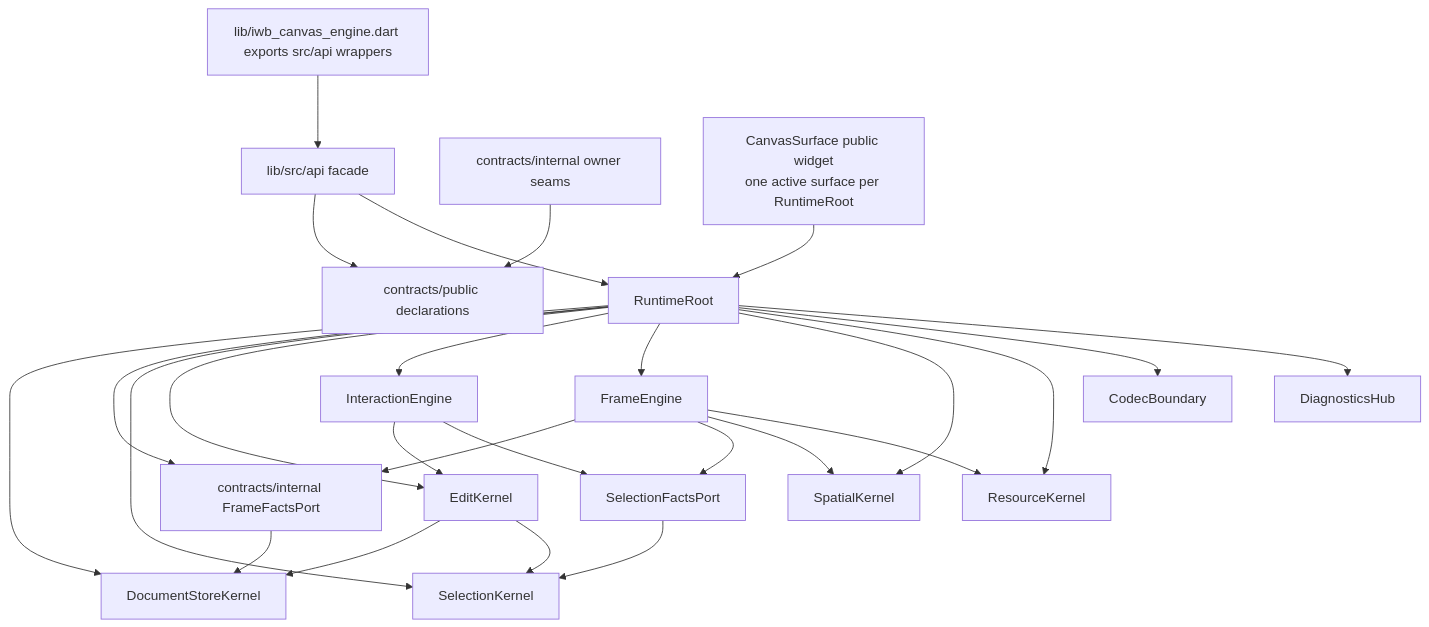
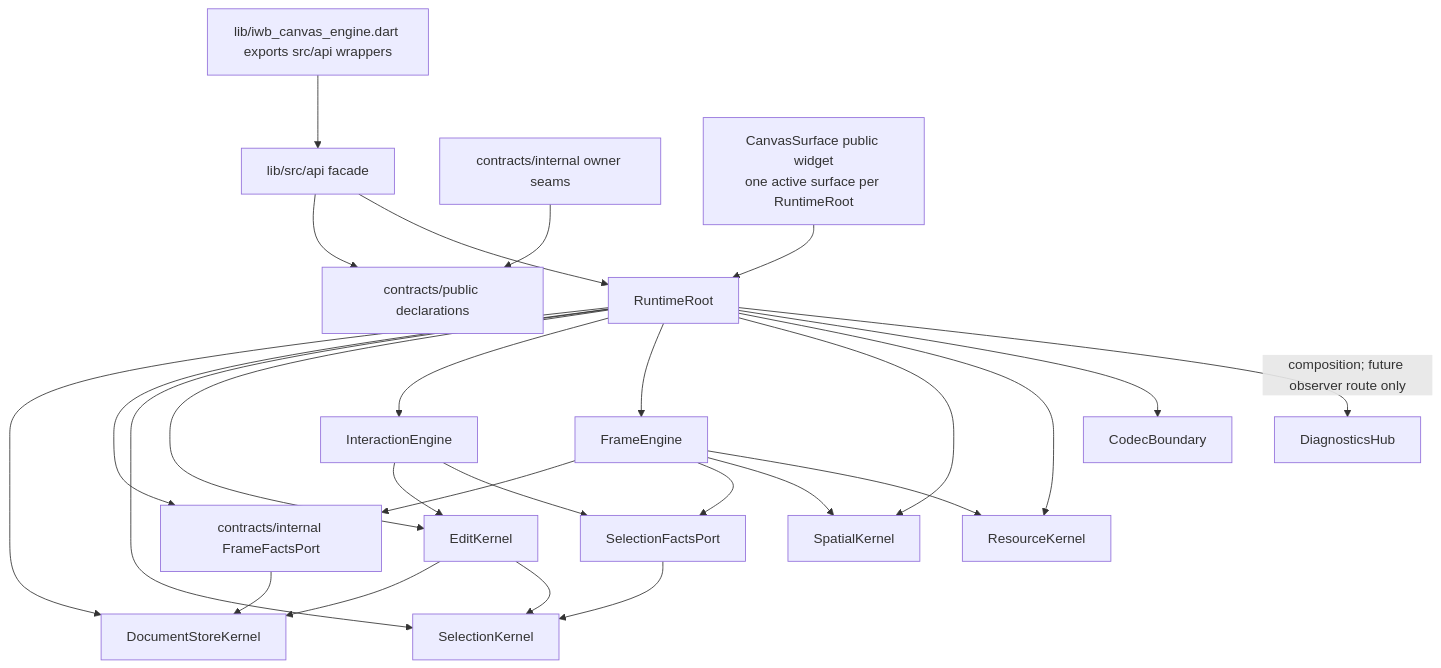
One commit to GreatPika/iwb_canvas_engine changed the diagram in docs/diagrams/c4_container.mmd. Above: the diagram before and after it, drawn with Mermaid. The commit also changed 4 other files, not shown here.

First line of the commit message:
docs: clarify future diagnostics graph routes

```diff
--- a/docs/diagrams/c4_container.mmd
+++ b/docs/diagrams/c4_container.mmd
@@ -1,26 +1,26 @@
 flowchart TB
   Public[lib/iwb_canvas_engine.dart exports src/api wrappers] --> API[lib/src/api facade]
   API --> ContractsPublic[contracts/public declarations]
   ContractsInternal[contracts/internal owner seams] --> ContractsPublic
   API --> RuntimeRoot
   Surface["CanvasSurface public widget\none active surface per RuntimeRoot"] --> RuntimeRoot
   RuntimeRoot --> Store[DocumentStoreKernel]
   RuntimeRoot --> FrameFacts[contracts/internal FrameFactsPort]
   RuntimeRoot --> Selection[SelectionKernel]
   RuntimeRoot --> Edit[EditKernel]
   RuntimeRoot --> InteractionEngine
   RuntimeRoot --> FrameEngine
   RuntimeRoot --> Spatial[SpatialKernel]
   RuntimeRoot --> Resource[ResourceKernel]
   RuntimeRoot --> Codec[CodecBoundary]
-  RuntimeRoot --> Diagnostics[DiagnosticsHub]
+  RuntimeRoot -->|composition; future observer route only| Diagnostics[DiagnosticsHub]
   Edit --> Store
   Edit --> Selection
   FrameFacts --> Store
   FrameEngine --> FrameFacts
   FrameEngine --> SelectionFacts[SelectionFactsPort]
   FrameEngine --> Spatial
   FrameEngine --> Resource
   InteractionEngine --> Edit
   InteractionEngine --> SelectionFacts
   SelectionFacts --> Selection
```
